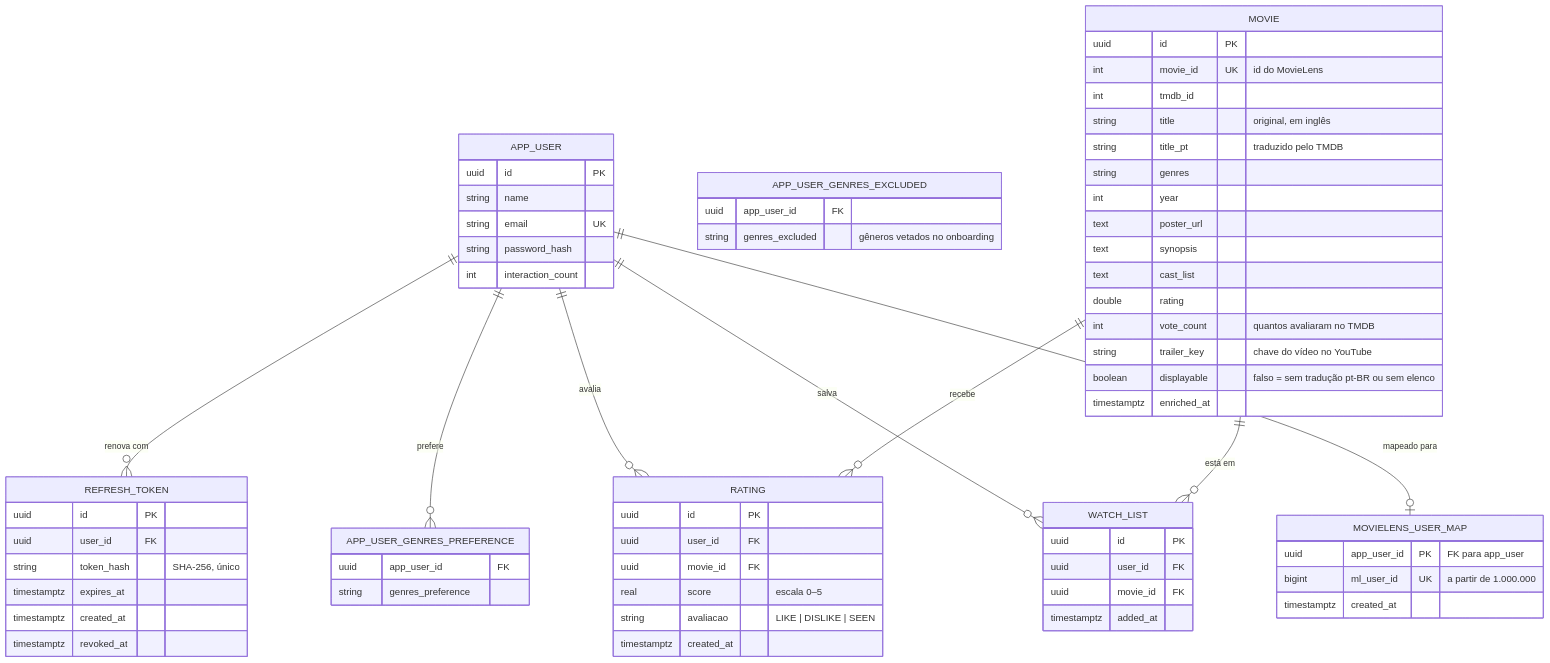
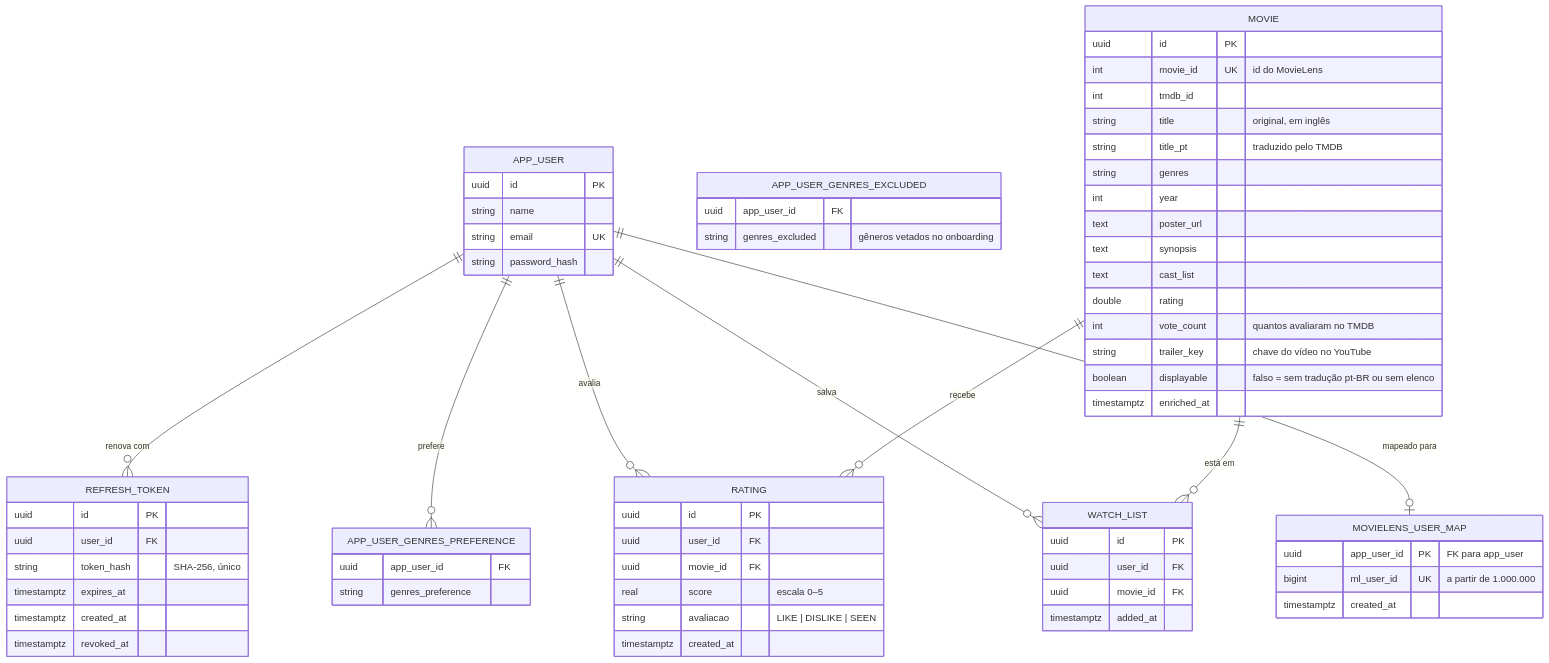
One commit to fpp-7/nextScene changed the third of 3 diagrams in docs/project_overview.md. Above: the diagram before and after it, drawn with Mermaid. The commit also changed other lines of this file and 34 other files, not shown here.

````diff
--- a/docs/project_overview.md
+++ b/docs/project_overview.md
@@ -198,70 +198,69 @@
 ```mermaid
 erDiagram
     APP_USER {
         uuid id PK
         string name
         string email UK
         string password_hash
-        int interaction_count
     }
     APP_USER_GENRES_PREFERENCE {
         uuid app_user_id FK
         string genres_preference
     }
     APP_USER_GENRES_EXCLUDED {
         uuid app_user_id FK
         string genres_excluded "gêneros vetados no onboarding"
     }
     MOVIE {
         uuid id PK
         int movie_id UK "id do MovieLens"
         int tmdb_id
         string title "original, em inglês"
         string title_pt "traduzido pelo TMDB"
         string genres
         int year
         text poster_url
         text synopsis
         text cast_list
         double rating
         int vote_count "quantos avaliaram no TMDB"
         string trailer_key "chave do vídeo no YouTube"
         boolean displayable "falso = sem tradução pt-BR ou sem elenco"
         timestamptz enriched_at
     }
     REFRESH_TOKEN {
         uuid id PK
         uuid user_id FK
         string token_hash "SHA-256, único"
         timestamptz expires_at
         timestamptz created_at
         timestamptz revoked_at
     }
     RATING {
         uuid id PK
         uuid user_id FK
         uuid movie_id FK
         real score "escala 0–5"
         string avaliacao "LIKE | DISLIKE | SEEN"
         timestamptz created_at
     }
     WATCH_LIST {
         uuid id PK
         uuid user_id FK
         uuid movie_id FK
         timestamptz added_at
     }
     MOVIELENS_USER_MAP {
         uuid app_user_id PK "FK para app_user"
         bigint ml_user_id UK "a partir de 1.000.000"
         timestamptz created_at
     }
 
     APP_USER ||--o{ REFRESH_TOKEN : "renova com"
     APP_USER ||--o{ APP_USER_GENRES_PREFERENCE : "prefere"
     APP_USER ||--o{ RATING : "avalia"
     APP_USER ||--o{ WATCH_LIST : "salva"
     APP_USER ||--o| MOVIELENS_USER_MAP : "mapeado para"
     MOVIE ||--o{ RATING : "recebe"
     MOVIE ||--o{ WATCH_LIST : "está em"
 ```
````
